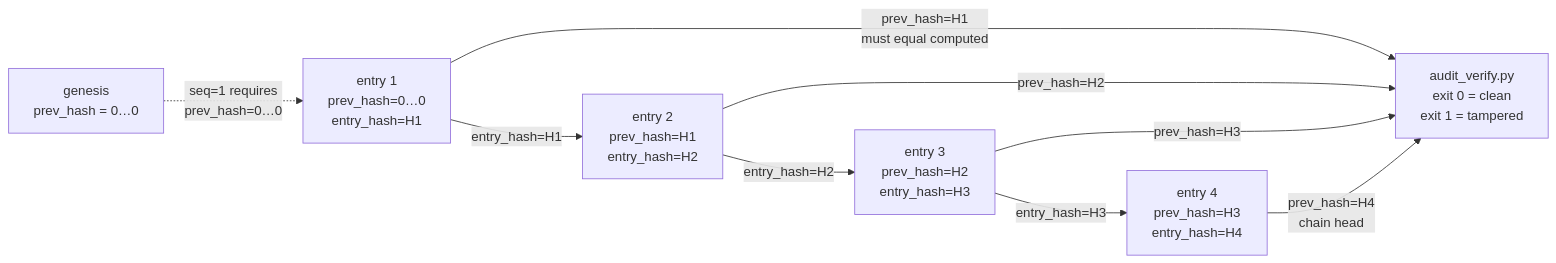
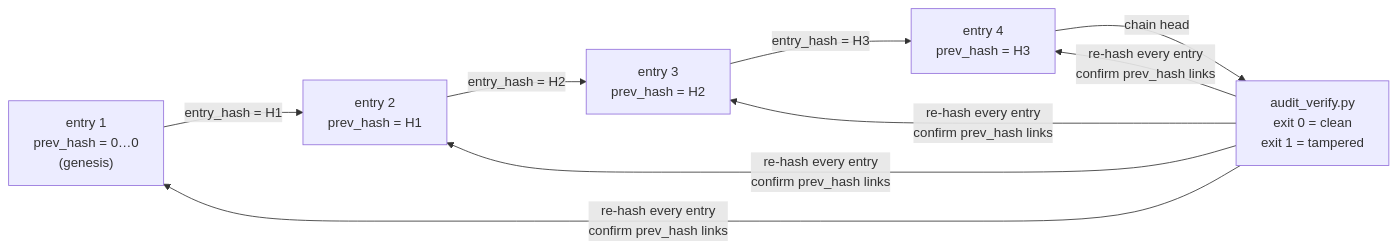
Before and after one commit to rajasingh012/retail-concierge: the fourth of 5 diagrams in architecture.md, drawn with Mermaid. The commit also changed other lines of this file, not shown here.

Commit message:
architecture.md: rewrite Audit log section for clarity
The previous version opened with raw implementation detail and
dumped two mermaid diagrams without lead-ins, making it hard to
follow. Restructured into two subsections:
- 'Hash chain (one entry per tool call)' — diagram + the property
  (any edit/delete/reorder -> verifier exits 1)
- 'Provenance gate artifact (what gets logged per finalize call)'
  — diagram + the audit story (populated provenance_blocked is
  the proof the gate caught something)

Each diagram now has a sentence above it explaining what the
reader is looking at.

All 5 mermaid blocks still render.

````diff
--- a/architecture.md
+++ b/architecture.md
@@ -138,18 +142,17 @@
 ```mermaid
 flowchart LR
-  G["genesis<br/>prev_hash = 0…0"]
-  E1["entry 1<br/>prev_hash=0…0<br/>entry_hash=H1"]
-  E2["entry 2<br/>prev_hash=H1<br/>entry_hash=H2"]
-  E3["entry 3<br/>prev_hash=H2<br/>entry_hash=H3"]
-  E4["entry 4<br/>prev_hash=H3<br/>entry_hash=H4"]
+  G["entry 1<br/>prev_hash = 0…0<br/>(genesis)"]
+  E1["entry 2<br/>prev_hash = H1"]
+  E2["entry 3<br/>prev_hash = H2"]
+  E3["entry 4<br/>prev_hash = H3"]
   V["audit_verify.py<br/>exit 0 = clean<br/>exit 1 = tampered"]
 
-  G -. "seq=1 requires<br/>prev_hash=0…0" .-> E1
-  E1 -- "prev_hash=H1<br/>must equal computed" --> V
-  E2 -- "prev_hash=H2" --> V
-  E3 -- "prev_hash=H3" --> V
-  E4 -- "prev_hash=H4<br/>chain head" --> V
-  E1 -- "entry_hash=H1" --> E2
-  E2 -- "entry_hash=H2" --> E3
-  E3 -- "entry_hash=H3" --> E4
+  G -- "entry_hash = H1" --> E1
+  E1 -- "entry_hash = H2" --> E2
+  E2 -- "entry_hash = H3" --> E3
+  E3 -- "chain head" --> V
+  V -- "re-hash every entry<br/>confirm prev_hash links" --> G
+  V -- "re-hash every entry<br/>confirm prev_hash links" --> E1
+  V -- "re-hash every entry<br/>confirm prev_hash links" --> E2
+  V -- "re-hash every entry<br/>confirm prev_hash links" --> E3
 ```
````
